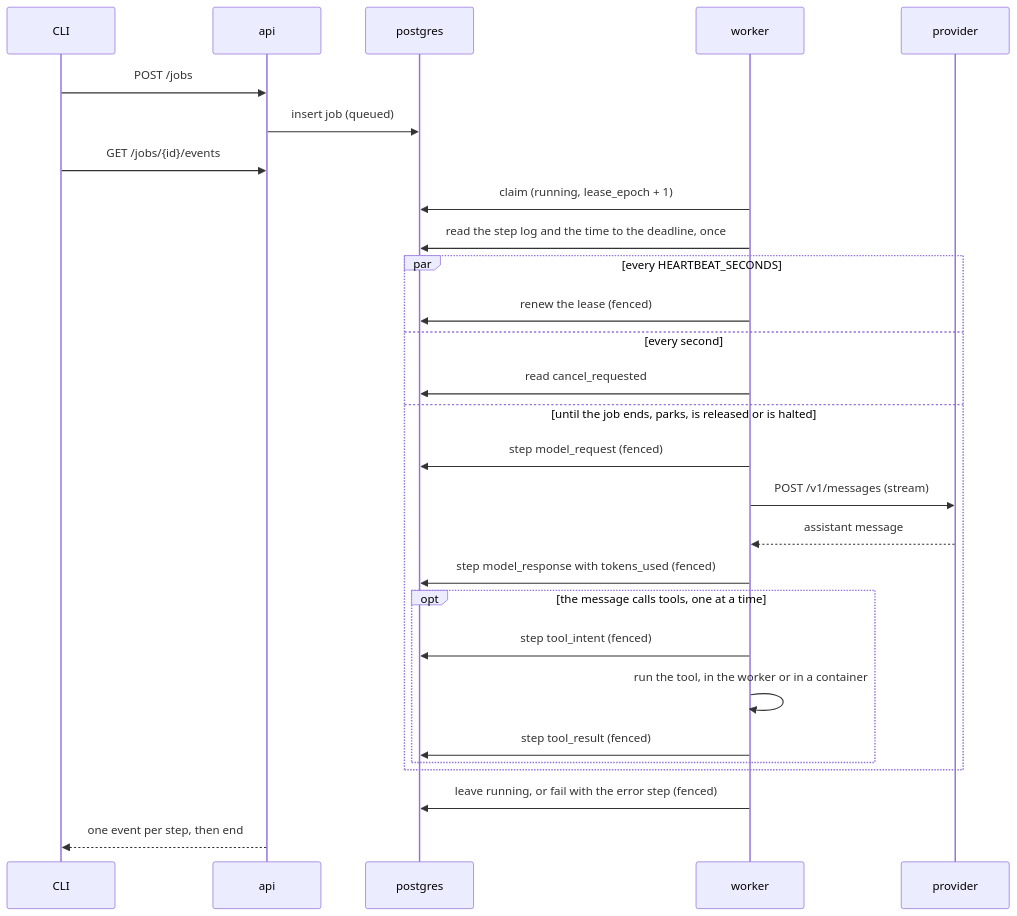
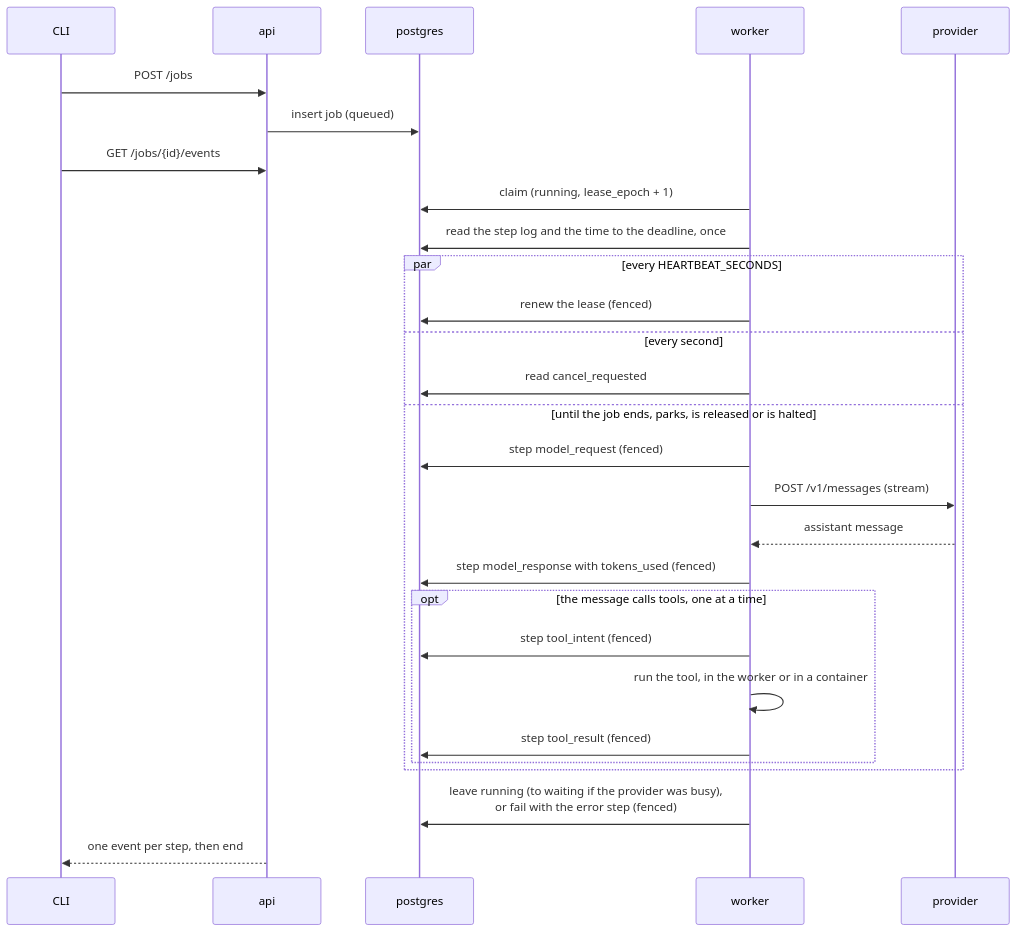
One commit to sindredg/agent-runtime changed the second of 2 diagrams in docs/architecture.md. Above: the diagram before and after it, drawn with Mermaid. The commit also changed other lines of this file and 28 other files, not shown here.

First line of the commit message:
feat: wait out a rate-limited or overloaded provider in the waiting status (#100)

````diff
--- a/docs/architecture.md
+++ b/docs/architecture.md
@@ -46,30 +46,30 @@
 ```mermaid
 sequenceDiagram
     participant C as CLI
     participant A as api
     participant D as postgres
     participant W as worker
     participant P as provider
     C->>A: POST /jobs
     A->>D: insert job (queued)
     C->>A: GET /jobs/{id}/events
     W->>D: claim (running, lease_epoch + 1)
     W->>D: read the step log and the time to the deadline, once
     par every HEARTBEAT_SECONDS
         W->>D: renew the lease (fenced)
     and every second
         W->>D: read cancel_requested
     and until the job ends, parks, is released or is halted
         W->>D: step model_request (fenced)
         W->>P: POST /v1/messages (stream)
         P-->>W: assistant message
         W->>D: step model_response with tokens_used (fenced)
         opt the message calls tools, one at a time
             W->>D: step tool_intent (fenced)
             W->>W: run the tool, in the worker or in a container
             W->>D: step tool_result (fenced)
         end
     end
-    W->>D: leave running, or fail with the error step (fenced)
+    W->>D: leave running (to waiting if the provider was busy),<br/>or fail with the error step (fenced)
     A-->>C: one event per step, then end
 ```
````
